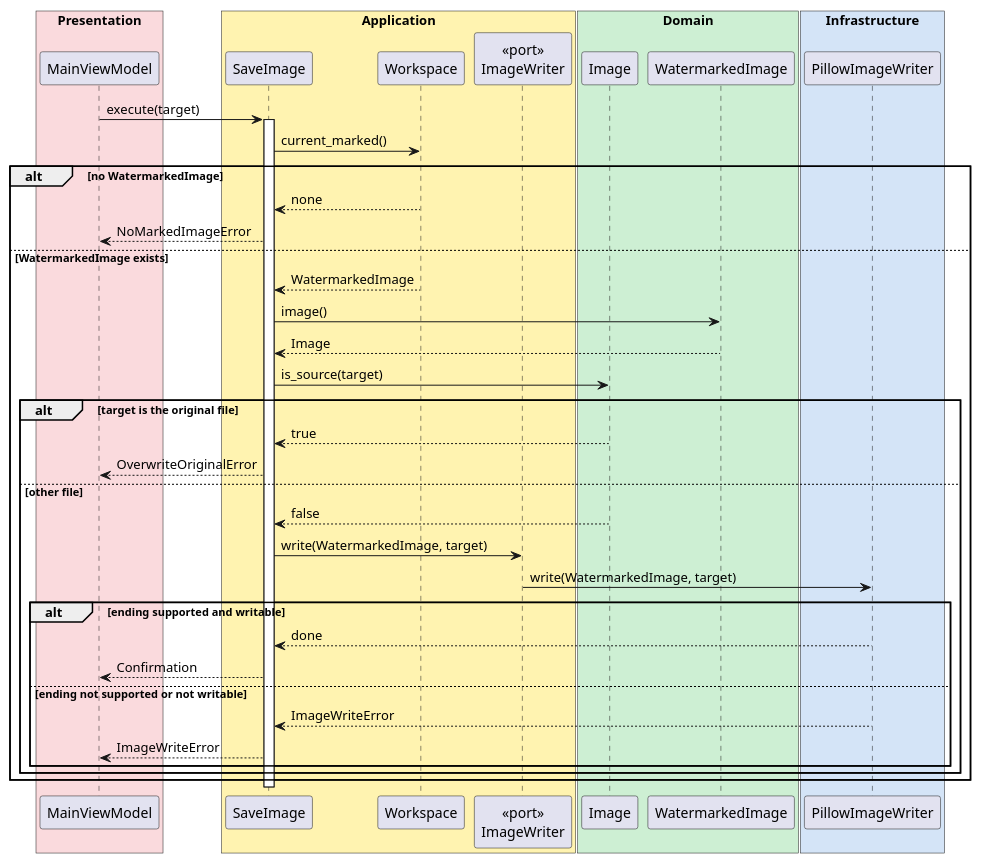
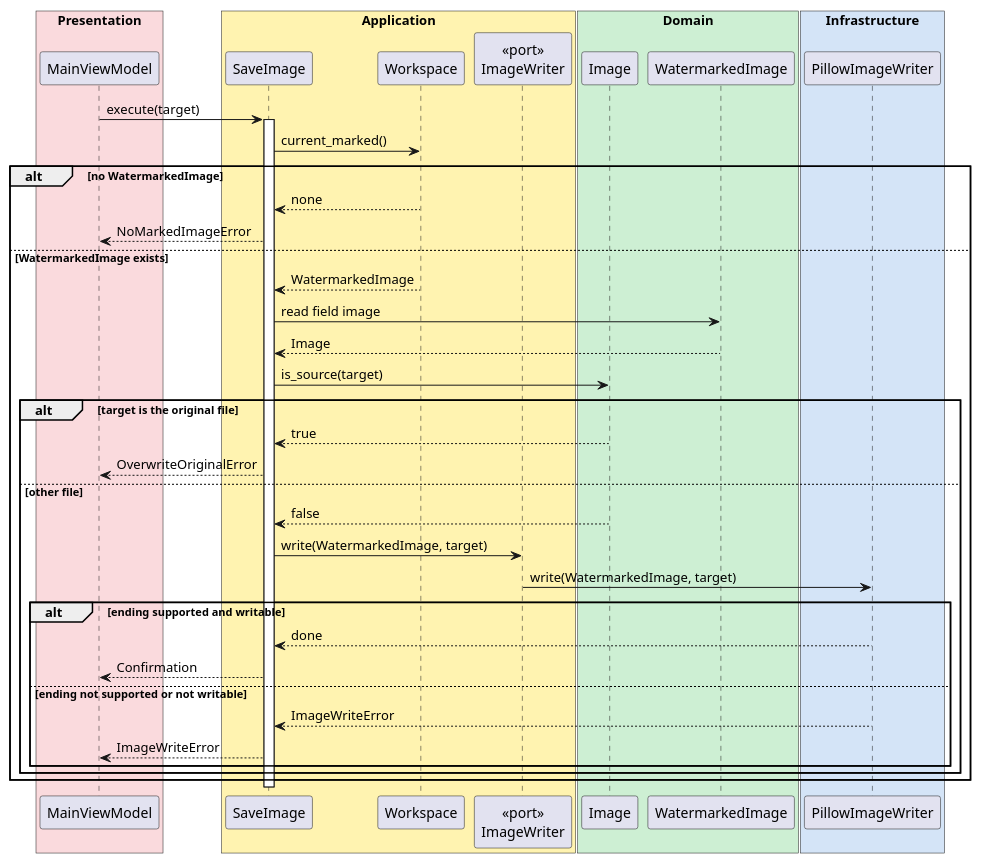
Before and after one commit to Tirsvad-Udemy-100-days-of-code/085-assignment-watermark-image: the third of 3 diagrams in docs/use-cases/uc-001/sd.md, drawn with PlantUML. The commit also changed other lines of this file and 28 other files, not shown here.

````diff
--- a/docs/use-cases/uc-001/sd.md
+++ b/docs/use-cases/uc-001/sd.md
@@ -164,48 +165,48 @@
 ```plantuml
 @startuml
 skinparam sequenceMessageAlign left
 box "Presentation" #FADADD
 participant MainViewModel
 end box
 box "Application" #FFF3B0
 participant SaveImage
 participant Workspace
 participant "<<port>>\nImageWriter" as ImageWriter
 end box
 box "Domain" #CDEFD3
 participant Image
 participant WatermarkedImage
 end box
 box "Infrastructure" #D4E4F7
 participant PillowImageWriter
 end box
 MainViewModel -> SaveImage : execute(target)
 activate SaveImage
 SaveImage -> Workspace : current_marked()
 alt no WatermarkedImage
   Workspace --> SaveImage : none
   SaveImage --> MainViewModel : NoMarkedImageError
 else WatermarkedImage exists
   Workspace --> SaveImage : WatermarkedImage
-  SaveImage -> WatermarkedImage : image()
+  SaveImage -> WatermarkedImage : read field image
   WatermarkedImage --> SaveImage : Image
   SaveImage -> Image : is_source(target)
   alt target is the original file
     Image --> SaveImage : true
     SaveImage --> MainViewModel : OverwriteOriginalError
   else other file
     Image --> SaveImage : false
     SaveImage -> ImageWriter : write(WatermarkedImage, target)
     ImageWriter -> PillowImageWriter : write(WatermarkedImage, target)
     alt ending supported and writable
       PillowImageWriter --> SaveImage : done
       SaveImage --> MainViewModel : Confirmation
     else ending not supported or not writable
       PillowImageWriter --> SaveImage : ImageWriteError
       SaveImage --> MainViewModel : ImageWriteError
     end
   end
 end
 deactivate SaveImage
 @enduml
 ```
````
